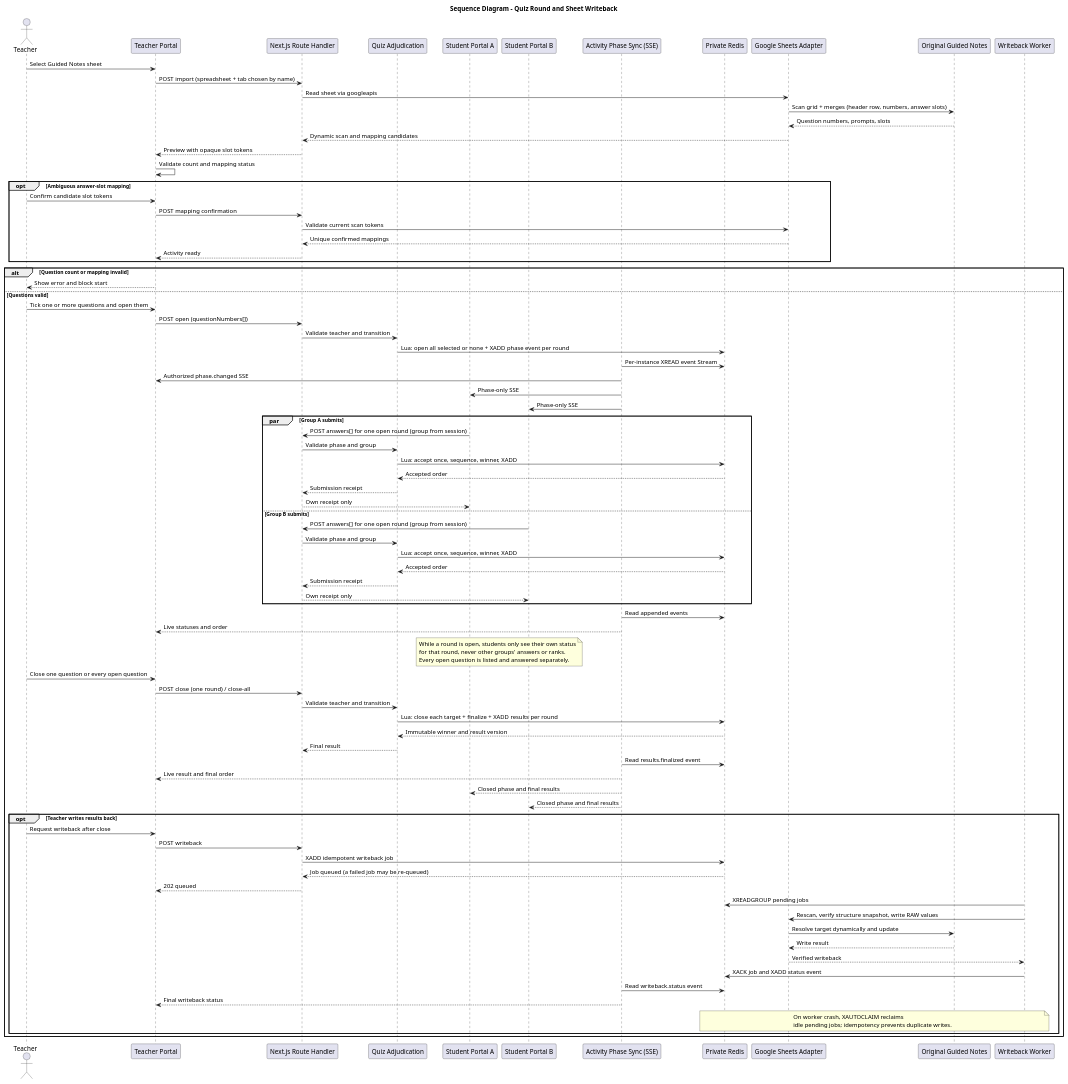
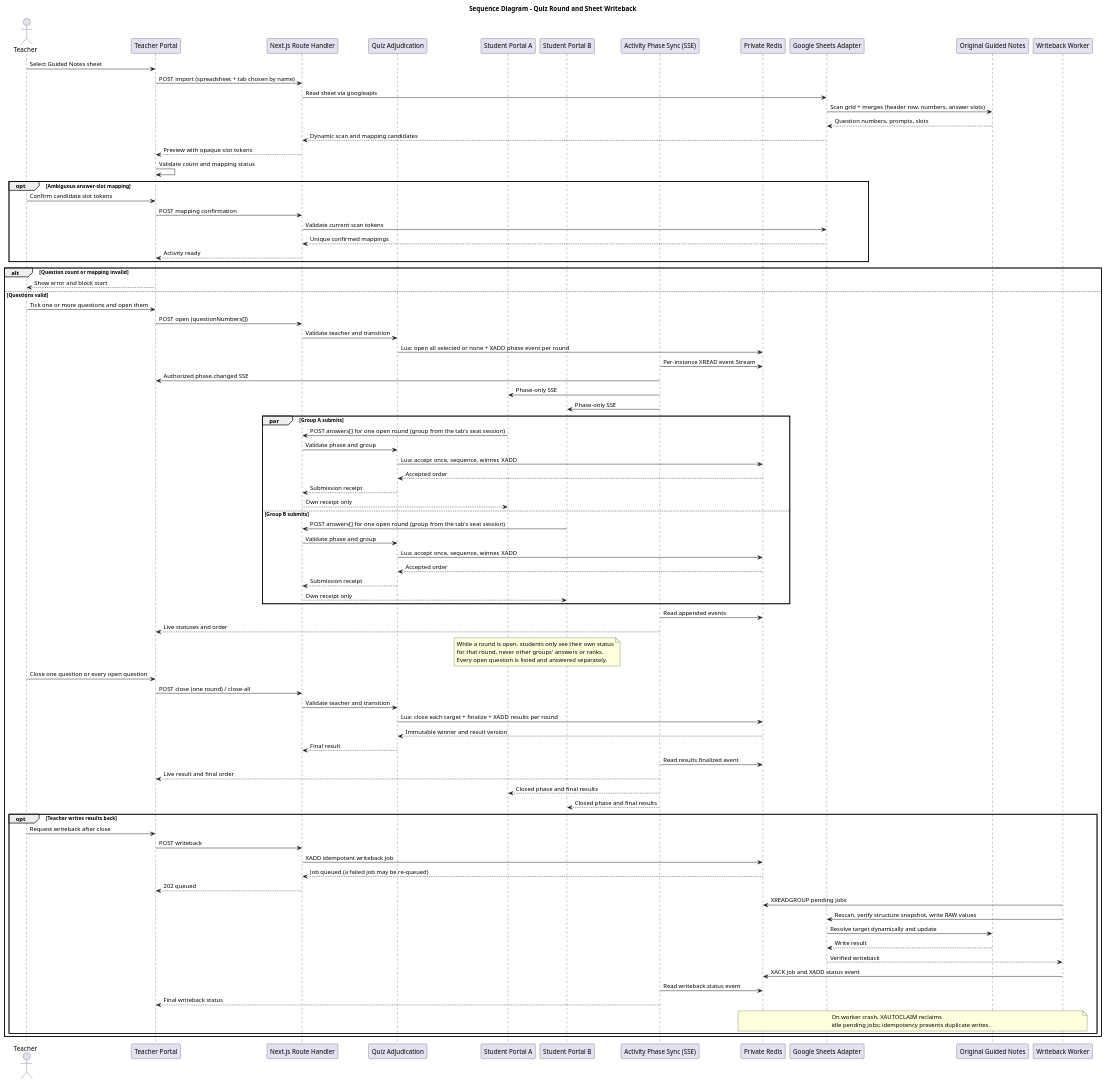
One commit to Chunshan-Theta/2026-SW-quickanswer changed the diagram in main/diagrams/sequence.puml. Above: the diagram before and after it, drawn with PlantUML. The commit also changed 3 other files, not shown here.

Commit message:
docs: show the tab seat session in the shared component and sequence diagrams

```diff
--- a/main/diagrams/sequence.puml
+++ b/main/diagrams/sequence.puml
@@ -1,101 +1,101 @@
 @startuml
 title Sequence Diagram - Quiz Round and Sheet Writeback
 
 actor Teacher
 participant "Teacher Portal" as TeacherUI
 participant "Next.js Route Handler" as API
 participant "Quiz Adjudication" as QuizFlow
 participant "Student Portal A" as StudentA
 participant "Student Portal B" as StudentB
 participant "Activity Phase Sync (SSE)" as ActivitySync
 participant "Private Redis" as Redis
 participant "Google Sheets Adapter" as SheetsAccess
 participant "Original Guided Notes" as Sheet
 participant "Writeback Worker" as Worker
 
 Teacher -> TeacherUI : Select Guided Notes sheet
 TeacherUI -> API : POST import (spreadsheet + tab chosen by name)
 API -> SheetsAccess : Read sheet via googleapis
 SheetsAccess -> Sheet : Scan grid + merges (header row, numbers, answer slots)
 Sheet --> SheetsAccess : Question numbers, prompts, slots
 SheetsAccess --> API : Dynamic scan and mapping candidates
 API --> TeacherUI : Preview with opaque slot tokens
 TeacherUI -> TeacherUI : Validate count and mapping status
 
 opt Ambiguous answer-slot mapping
   Teacher -> TeacherUI : Confirm candidate slot tokens
   TeacherUI -> API : POST mapping confirmation
   API -> SheetsAccess : Validate current scan tokens
   SheetsAccess --> API : Unique confirmed mappings
   API --> TeacherUI : Activity ready
 end
 
 alt Question count or mapping invalid
   TeacherUI --> Teacher : Show error and block start
 else Questions valid
   Teacher -> TeacherUI : Tick one or more questions and open them
   TeacherUI -> API : POST open (questionNumbers[])
   API -> QuizFlow : Validate teacher and transition
   QuizFlow -> Redis : Lua: open all selected or none + XADD phase event per round
   ActivitySync -> Redis : Per-instance XREAD event Stream
   ActivitySync -> TeacherUI : Authorized phase.changed SSE
   ActivitySync -> StudentA : Phase-only SSE
   ActivitySync -> StudentB : Phase-only SSE
 
   par Group A submits
-    StudentA -> API : POST answers[] for one open round (group from session)
+    StudentA -> API : POST answers[] for one open round (group from the tab's seat session)
     API -> QuizFlow : Validate phase and group
     QuizFlow -> Redis : Lua: accept once, sequence, winner, XADD
     Redis --> QuizFlow : Accepted order
     QuizFlow --> API : Submission receipt
     API --> StudentA : Own receipt only
   else Group B submits
-    StudentB -> API : POST answers[] for one open round (group from session)
+    StudentB -> API : POST answers[] for one open round (group from the tab's seat session)
     API -> QuizFlow : Validate phase and group
     QuizFlow -> Redis : Lua: accept once, sequence, winner, XADD
     Redis --> QuizFlow : Accepted order
     QuizFlow --> API : Submission receipt
     API --> StudentB : Own receipt only
   end
 
   ActivitySync -> Redis : Read appended events
   ActivitySync --> TeacherUI : Live statuses and order
   note over StudentA, StudentB
     While a round is open, students only see their own status
     for that round, never other groups' answers or ranks.
     Every open question is listed and answered separately.
   end note
 
   Teacher -> TeacherUI : Close one question or every open question
   TeacherUI -> API : POST close (one round) / close-all
   API -> QuizFlow : Validate teacher and transition
   QuizFlow -> Redis : Lua: close each target + finalize + XADD results per round
   Redis --> QuizFlow : Immutable winner and result version
   QuizFlow --> API : Final result
   ActivitySync -> Redis : Read results.finalized event
   ActivitySync --> TeacherUI : Live result and final order
   ActivitySync --> StudentA : Closed phase and final results
   ActivitySync --> StudentB : Closed phase and final results
 
   opt Teacher writes results back
     Teacher -> TeacherUI : Request writeback after close
     TeacherUI -> API : POST writeback
     API -> Redis : XADD idempotent writeback job
     Redis --> API : Job queued (a failed job may be re-queued)
     API --> TeacherUI : 202 queued
     Worker -> Redis : XREADGROUP pending jobs
     Worker -> SheetsAccess : Rescan, verify structure snapshot, write RAW values
     SheetsAccess -> Sheet : Resolve target dynamically and update
     Sheet --> SheetsAccess : Write result
     SheetsAccess --> Worker : Verified writeback
     Worker -> Redis : XACK job and XADD status event
     ActivitySync -> Redis : Read writeback.status event
     ActivitySync --> TeacherUI : Final writeback status
     note over Worker, Redis
       On worker crash, XAUTOCLAIM reclaims
       idle pending jobs; idempotency prevents duplicate writes.
     end note
   end
 end
 
 @enduml
```
